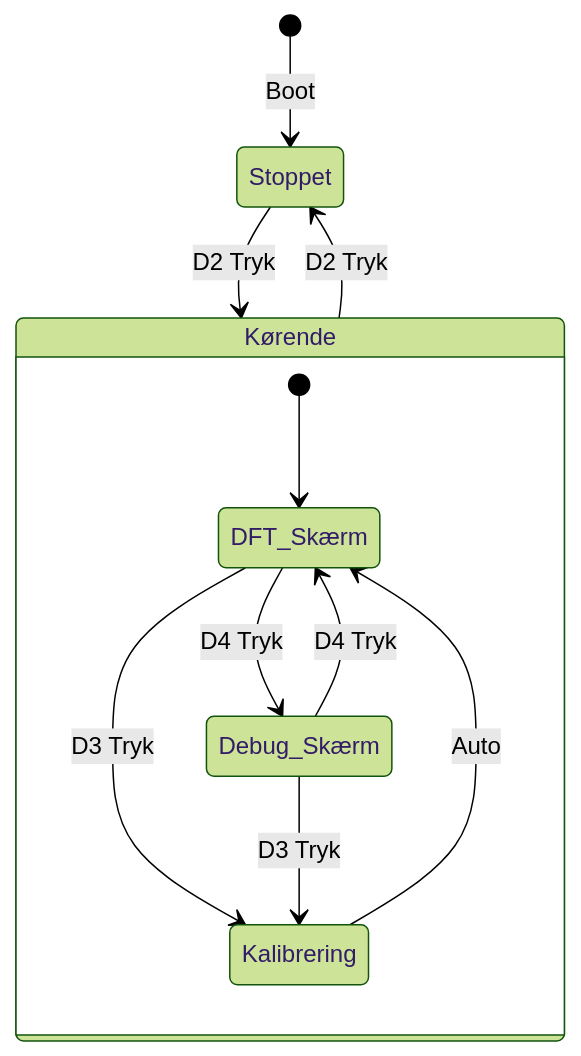
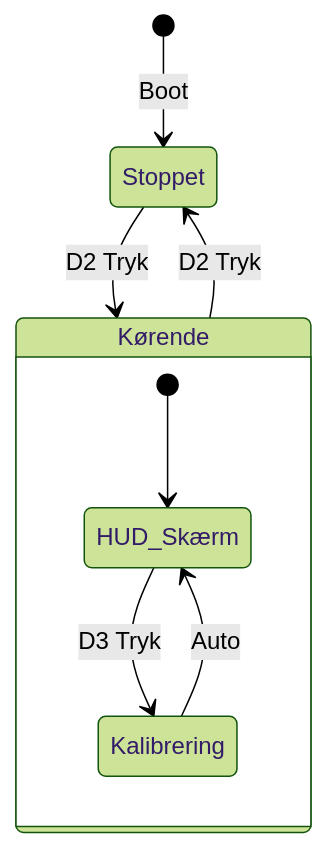
One commit to MadsRudolph/34621-Metal-Detector changed the sixth of 6 diagrams in Docs/Guides/Code_Review.md. Above: the diagram before and after it, drawn with Mermaid (forest theme). The commit also changed other lines of this file and 24 other files, not shown here.

````diff
--- a/Docs/Guides/Code_Review.md
+++ b/Docs/Guides/Code_Review.md
@@ -571,15 +564,12 @@
 ```mermaid
 stateDiagram-v2
     [*] --> Stoppet: Boot
     Stoppet --> Kørende: D2 Tryk
     Kørende --> Stoppet: D2 Tryk
-    
+
     state Kørende {
-        [*] --> DFT_Skærm
-        DFT_Skærm --> Debug_Skærm: D4 Tryk
-        Debug_Skærm --> DFT_Skærm: D4 Tryk
-        DFT_Skærm --> Kalibrering: D3 Tryk
-        Debug_Skærm --> Kalibrering: D3 Tryk
-        Kalibrering --> DFT_Skærm: Auto
+        [*] --> HUD_Skærm
+        HUD_Skærm --> Kalibrering: D3 Tryk
+        Kalibrering --> HUD_Skærm: Auto
     }
 ```
````
